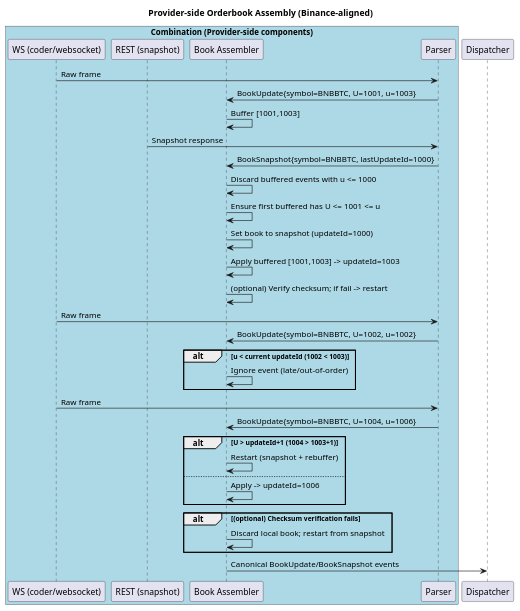
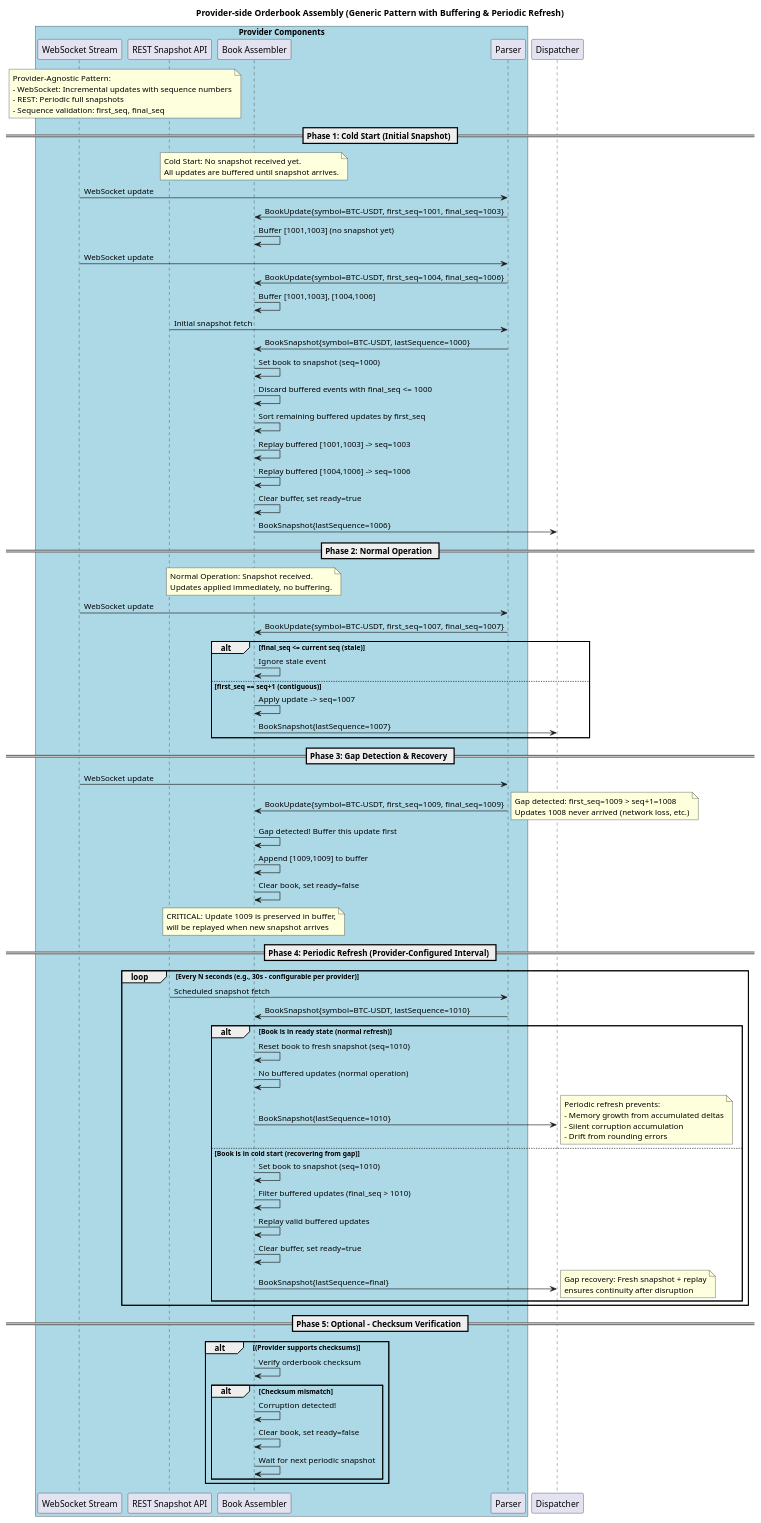
One commit to coachpo/meltica changed the diagram in docs/diagrams/orderbook-assembly-seq.puml. Above: the diagram before and after it, drawn with PlantUML.

Commit message:
diagram provider agnostic

```diff
--- a/docs/diagrams/orderbook-assembly-seq.puml
+++ b/docs/diagrams/orderbook-assembly-seq.puml
@@ -1,44 +1,118 @@
 @startuml
-title Provider-side Orderbook Assembly (Binance-aligned)
+title Provider-side Orderbook Assembly (Generic Pattern with Buffering & Periodic Refresh)
 
-box "Combination (Provider-side components)" #LightBlue
-  participant "WS (coder/websocket)" as WS
-  participant "REST (snapshot)" as REST
+box "Provider Components" #LightBlue
+  participant "WebSocket Stream" as WS
+  participant "REST Snapshot API" as REST
   participant "Book Assembler" as BA
   participant "Parser" as Parser
 end box
 
 participant "Dispatcher" as Disp
 
-WS -> Parser : Raw frame
-Parser -> BA : BookUpdate{symbol=BNBBTC, U=1001, u=1003}
-BA -> BA : Buffer [1001,1003]
+note over WS, REST
+Provider-Agnostic Pattern:
+- WebSocket: Incremental updates with sequence numbers
+- REST: Periodic full snapshots
+- Sequence validation: first_seq, final_seq
+end note
 
-REST -> Parser : Snapshot response
-Parser -> BA : BookSnapshot{symbol=BNBBTC, lastUpdateId=1000}
-BA -> BA : Discard buffered events with u <= 1000
-BA -> BA : Ensure first buffered has U <= 1001 <= u
-BA -> BA : Set book to snapshot (updateId=1000)
-BA -> BA : Apply buffered [1001,1003] -> updateId=1003
-BA -> BA : (optional) Verify checksum; if fail -> restart
+== Phase 1: Cold Start (Initial Snapshot) ==
 
-WS -> Parser : Raw frame
-Parser -> BA : BookUpdate{symbol=BNBBTC, U=1002, u=1002}
-alt u < current updateId (1002 < 1003)
-  BA -> BA : Ignore event (late/out-of-order)
-end alt
+note over BA
+Cold Start: No snapshot received yet.
+All updates are buffered until snapshot arrives.
+end note
 
-WS -> Parser : Raw frame
-Parser -> BA : BookUpdate{symbol=BNBBTC, U=1004, u=1006}
-alt U > updateId+1 (1004 > 1003+1)
-  BA -> BA : Restart (snapshot + rebuffer)
-else
-  BA -> BA : Apply -> updateId=1006
+WS -> Parser : WebSocket update
+Parser -> BA : BookUpdate{symbol=BTC-USDT, first_seq=1001, final_seq=1003}
+BA -> BA : Buffer [1001,1003] (no snapshot yet)
+
+WS -> Parser : WebSocket update
+Parser -> BA : BookUpdate{symbol=BTC-USDT, first_seq=1004, final_seq=1006}
+BA -> BA : Buffer [1001,1003], [1004,1006]
+
+REST -> Parser : Initial snapshot fetch
+Parser -> BA : BookSnapshot{symbol=BTC-USDT, lastSequence=1000}
+BA -> BA : Set book to snapshot (seq=1000)
+BA -> BA : Discard buffered events with final_seq <= 1000
+BA -> BA : Sort remaining buffered updates by first_seq
+BA -> BA : Replay buffered [1001,1003] -> seq=1003
+BA -> BA : Replay buffered [1004,1006] -> seq=1006
+BA -> BA : Clear buffer, set ready=true
+BA -> Disp : BookSnapshot{lastSequence=1006}
+
+== Phase 2: Normal Operation ==
+
+note over BA
+Normal Operation: Snapshot received.
+Updates applied immediately, no buffering.
+end note
+
+WS -> Parser : WebSocket update
+Parser -> BA : BookUpdate{symbol=BTC-USDT, first_seq=1007, final_seq=1007}
+alt final_seq <= current seq (stale)
+  BA -> BA : Ignore stale event
+else first_seq == seq+1 (contiguous)
+  BA -> BA : Apply update -> seq=1007
+  BA -> Disp : BookSnapshot{lastSequence=1007}
 end
 
-alt (optional) Checksum verification fails
-  BA -> BA : Discard local book; restart from snapshot
+== Phase 3: Gap Detection & Recovery ==
+
+WS -> Parser : WebSocket update
+Parser -> BA : BookUpdate{symbol=BTC-USDT, first_seq=1009, final_seq=1009}
+note right
+  Gap detected: first_seq=1009 > seq+1=1008
+  Updates 1008 never arrived (network loss, etc.)
+end note
+
+BA -> BA : Gap detected! Buffer this update first
+BA -> BA : Append [1009,1009] to buffer
+BA -> BA : Clear book, set ready=false
+note over BA
+  CRITICAL: Update 1009 is preserved in buffer,
+  will be replayed when new snapshot arrives
+end note
+
+== Phase 4: Periodic Refresh (Provider-Configured Interval) ==
+
+loop Every N seconds (e.g., 30s - configurable per provider)
+  REST -> Parser : Scheduled snapshot fetch
+  Parser -> BA : BookSnapshot{symbol=BTC-USDT, lastSequence=1010}
+  
+  alt Book is in ready state (normal refresh)
+    BA -> BA : Reset book to fresh snapshot (seq=1010)
+    BA -> BA : No buffered updates (normal operation)
+    BA -> Disp : BookSnapshot{lastSequence=1010}
+    note right
+      Periodic refresh prevents:
+      - Memory growth from accumulated deltas
+      - Silent corruption accumulation
+      - Drift from rounding errors
+    end note
+  else Book is in cold start (recovering from gap)
+    BA -> BA : Set book to snapshot (seq=1010)
+    BA -> BA : Filter buffered updates (final_seq > 1010)
+    BA -> BA : Replay valid buffered updates
+    BA -> BA : Clear buffer, set ready=true
+    BA -> Disp : BookSnapshot{lastSequence=final}
+    note right
+      Gap recovery: Fresh snapshot + replay
+      ensures continuity after disruption
+    end note
+  end
 end
 
-BA -> Disp : Canonical BookUpdate/BookSnapshot events
+== Phase 5: Optional - Checksum Verification ==
+
+alt (Provider supports checksums)
+  BA -> BA : Verify orderbook checksum
+  alt Checksum mismatch
+    BA -> BA : Corruption detected!
+    BA -> BA : Clear book, set ready=false
+    BA -> BA : Wait for next periodic snapshot
+  end
+end
+
 @enduml
```
